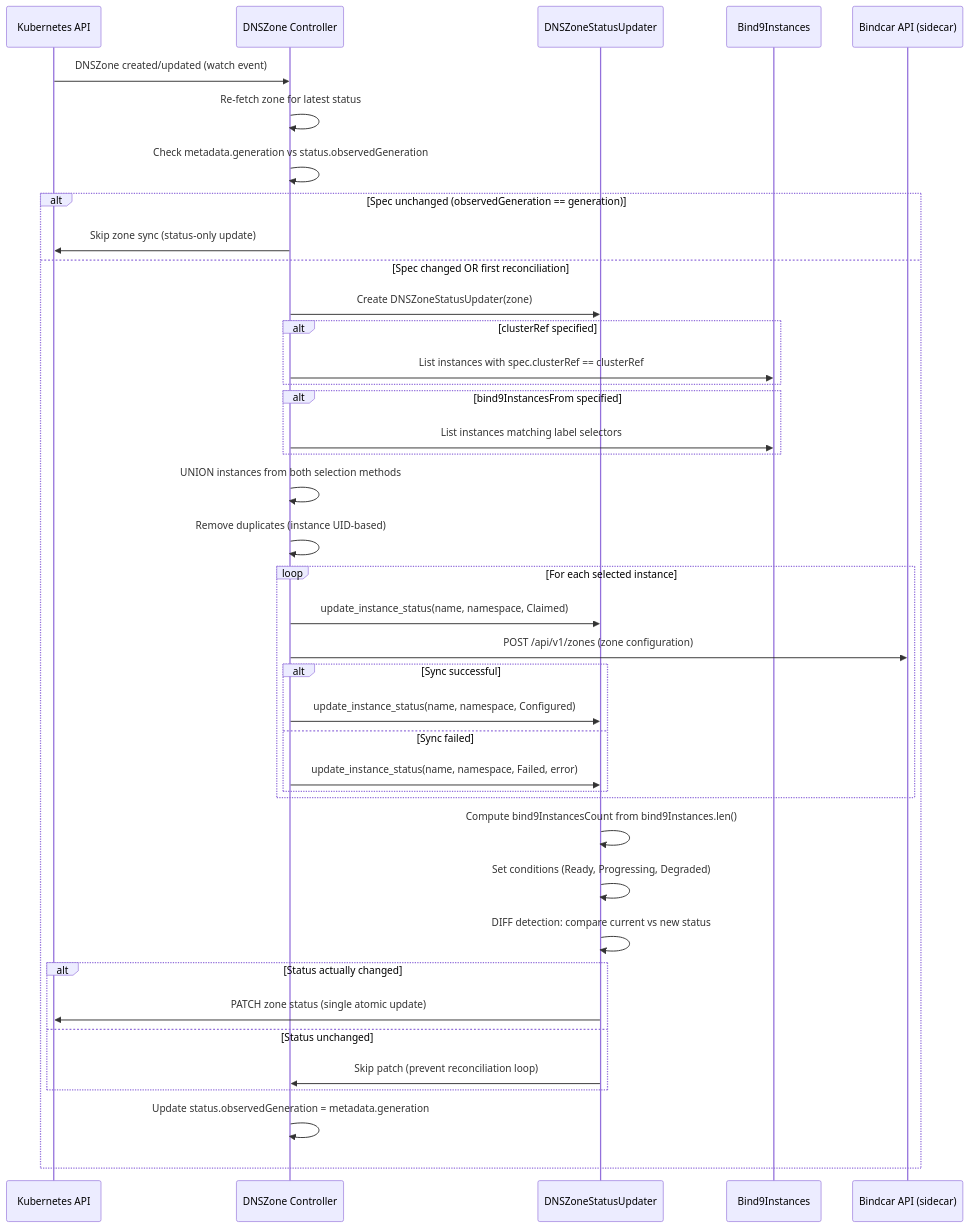
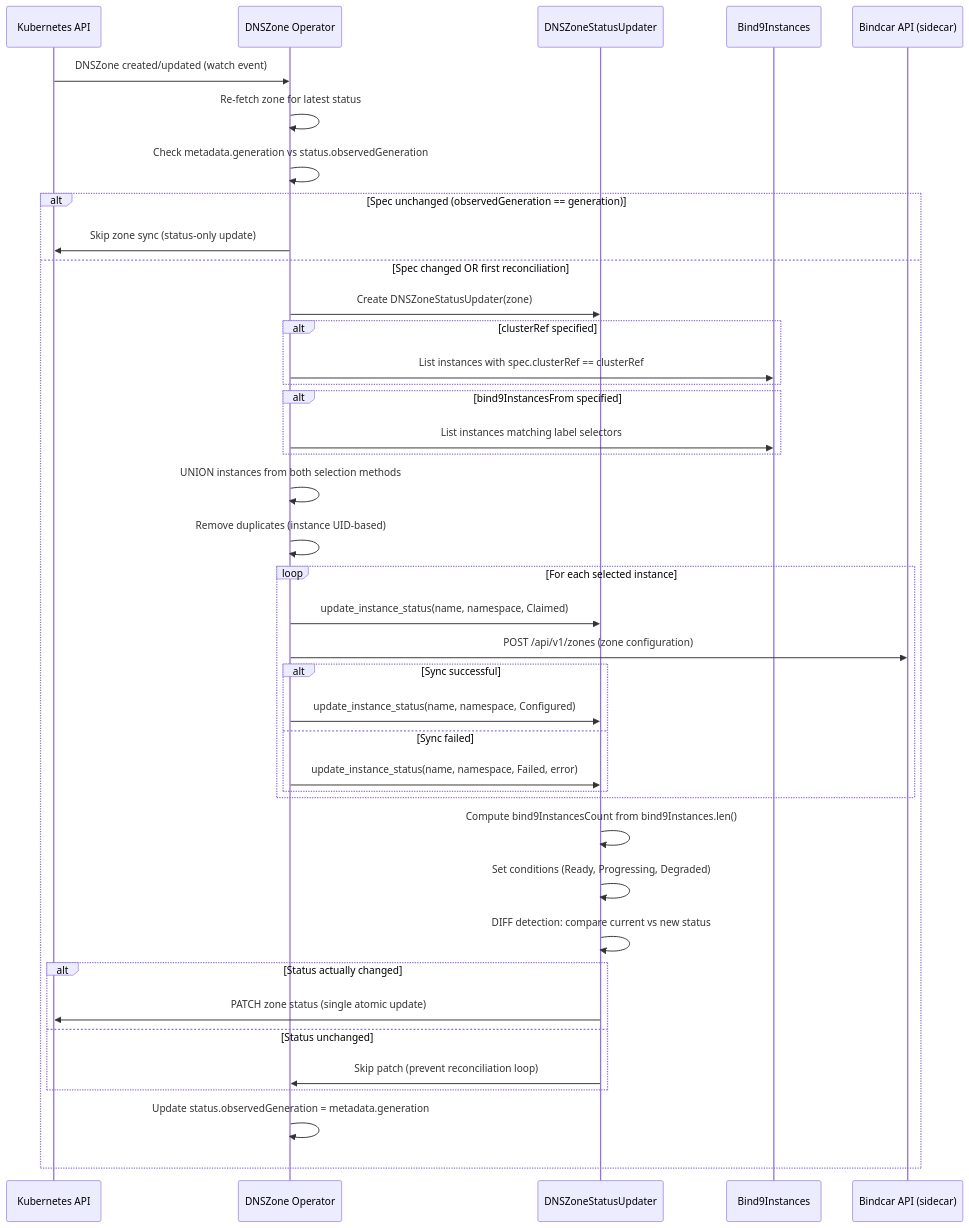
One commit to firestoned/bindy changed the fourth of 9 diagrams in docs/src/guide/architecture.md. Above: the diagram before and after it, drawn with Mermaid. The commit also changed other lines of this file and 150 other files, not shown here.

Commit message:
Change the occurences from controller to operator (#83)

````diff
--- a/docs/src/guide/architecture.md
+++ b/docs/src/guide/architecture.md
@@ -203,51 +203,51 @@
 ```mermaid
 sequenceDiagram
     participant K8s as Kubernetes API
-    participant ZoneCtrl as DNSZone Controller
+    participant ZoneCtrl as DNSZone Operator
     participant StatusUpd as DNSZoneStatusUpdater
     participant Instances as Bind9Instances
     participant Bindcar as Bindcar API (sidecar)
 
     K8s->>ZoneCtrl: DNSZone created/updated (watch event)
     ZoneCtrl->>ZoneCtrl: Re-fetch zone for latest status
     ZoneCtrl->>ZoneCtrl: Check metadata.generation vs status.observedGeneration
 
     alt Spec unchanged (observedGeneration == generation)
         ZoneCtrl->>K8s: Skip zone sync (status-only update)
     else Spec changed OR first reconciliation
         ZoneCtrl->>StatusUpd: Create DNSZoneStatusUpdater(zone)
 
         alt clusterRef specified
             ZoneCtrl->>Instances: List instances with spec.clusterRef == clusterRef
         end
 
         alt bind9InstancesFrom specified
             ZoneCtrl->>Instances: List instances matching label selectors
         end
 
         ZoneCtrl->>ZoneCtrl: UNION instances from both selection methods
         ZoneCtrl->>ZoneCtrl: Remove duplicates (instance UID-based)
 
         loop For each selected instance
             ZoneCtrl->>StatusUpd: update_instance_status(name, namespace, Claimed)
             ZoneCtrl->>Bindcar: POST /api/v1/zones (zone configuration)
             alt Sync successful
                 ZoneCtrl->>StatusUpd: update_instance_status(name, namespace, Configured)
             else Sync failed
                 ZoneCtrl->>StatusUpd: update_instance_status(name, namespace, Failed, error)
             end
         end
 
         StatusUpd->>StatusUpd: Compute bind9InstancesCount from bind9Instances.len()
         StatusUpd->>StatusUpd: Set conditions (Ready, Progressing, Degraded)
         StatusUpd->>StatusUpd: DIFF detection: compare current vs new status
 
         alt Status actually changed
             StatusUpd->>K8s: PATCH zone status (single atomic update)
         else Status unchanged
             StatusUpd->>ZoneCtrl: Skip patch (prevent reconciliation loop)
         end
 
         ZoneCtrl->>ZoneCtrl: Update status.observedGeneration = metadata.generation
     end
 ```
````
